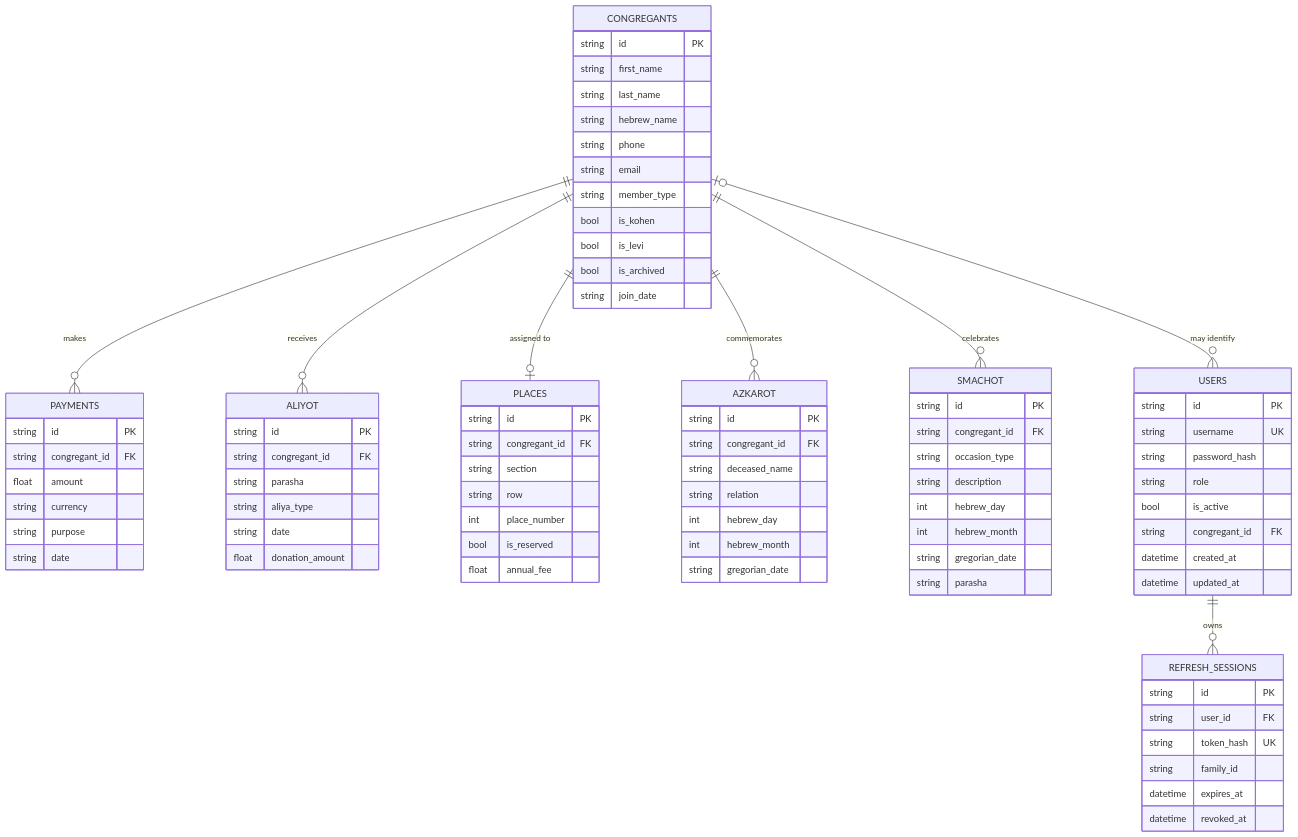
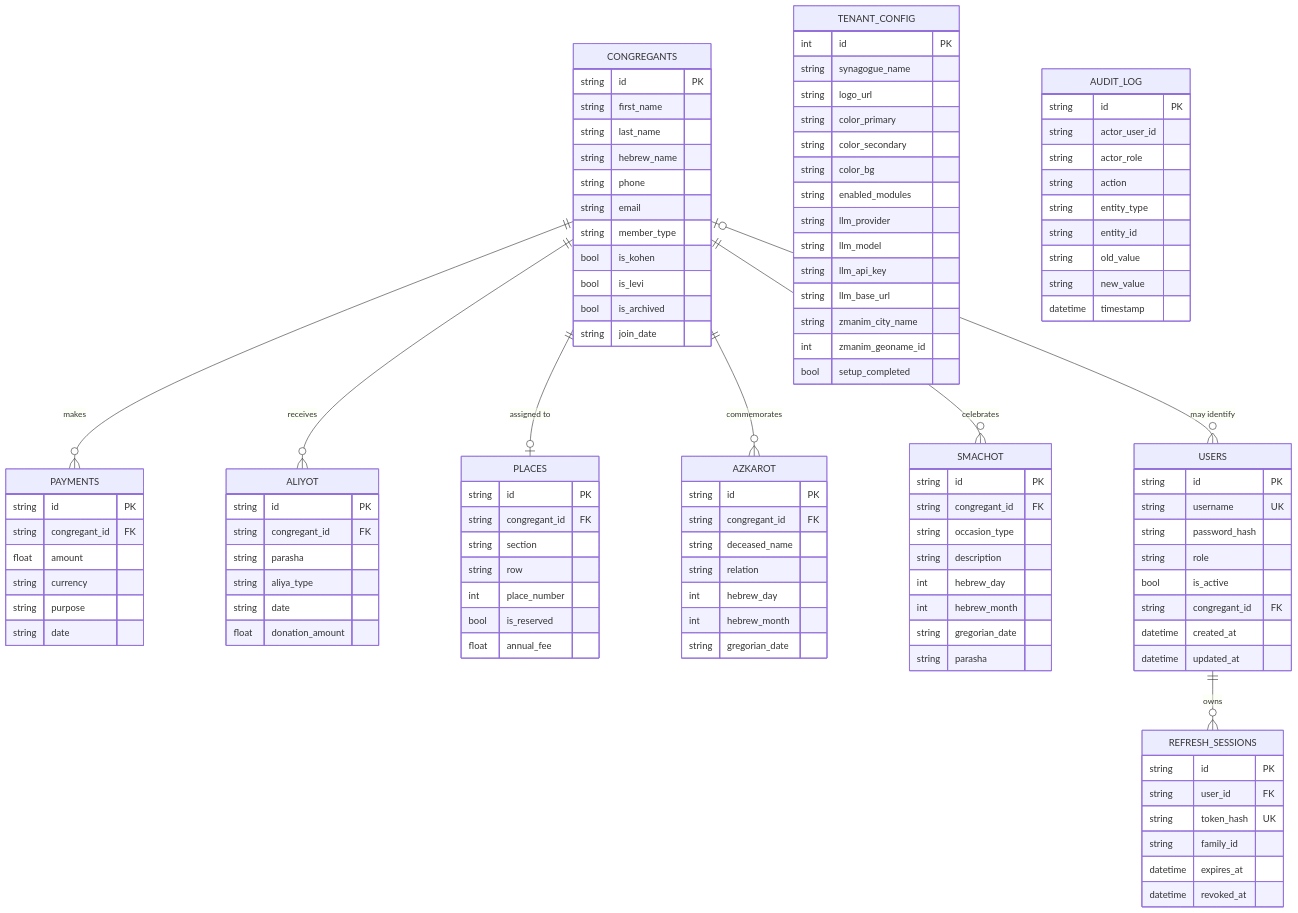
The ninth of 9 diagrams in docs/ARCHITECTURE.md (botbole/gabay), drawn with Mermaid before and after one commit. The commit also changed other lines of this file and 6 other files, not shown here.

````diff
--- a/docs/ARCHITECTURE.md
+++ b/docs/ARCHITECTURE.md
@@ -389,4 +448,33 @@
     CONGREGANTS ||--o{ SMACHOT   : "celebrates"
     CONGREGANTS o|--o{ USERS : "may identify"
     USERS ||--o{ REFRESH_SESSIONS : "owns"
+
+    TENANT_CONFIG {
+        int    id PK
+        string synagogue_name
+        string logo_url
+        string color_primary
+        string color_secondary
+        string color_bg
+        string enabled_modules
+        string llm_provider
+        string llm_model
+        string llm_api_key
+        string llm_base_url
+        string zmanim_city_name
+        int    zmanim_geoname_id
+        bool   setup_completed
+    }
+
+    AUDIT_LOG {
+        string id PK
+        string actor_user_id
+        string actor_role
+        string action
+        string entity_type
+        string entity_id
+        string old_value
+        string new_value
+        datetime timestamp
+    }
 ```
````
